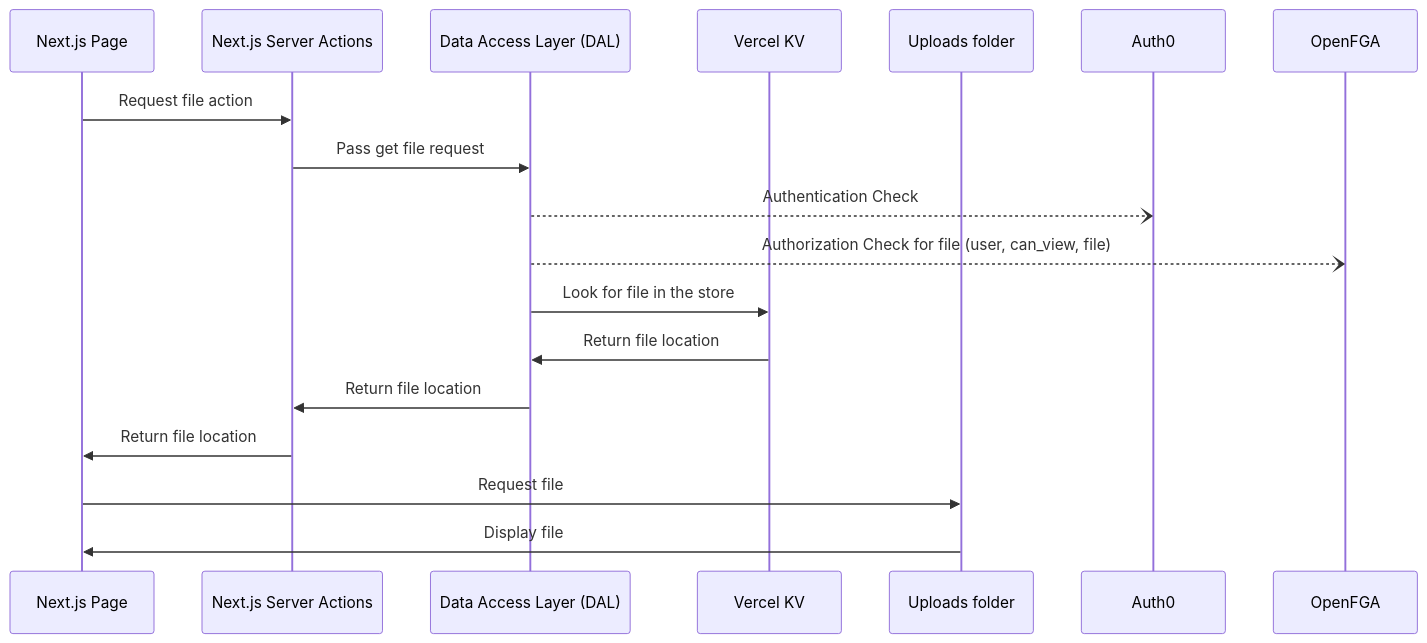
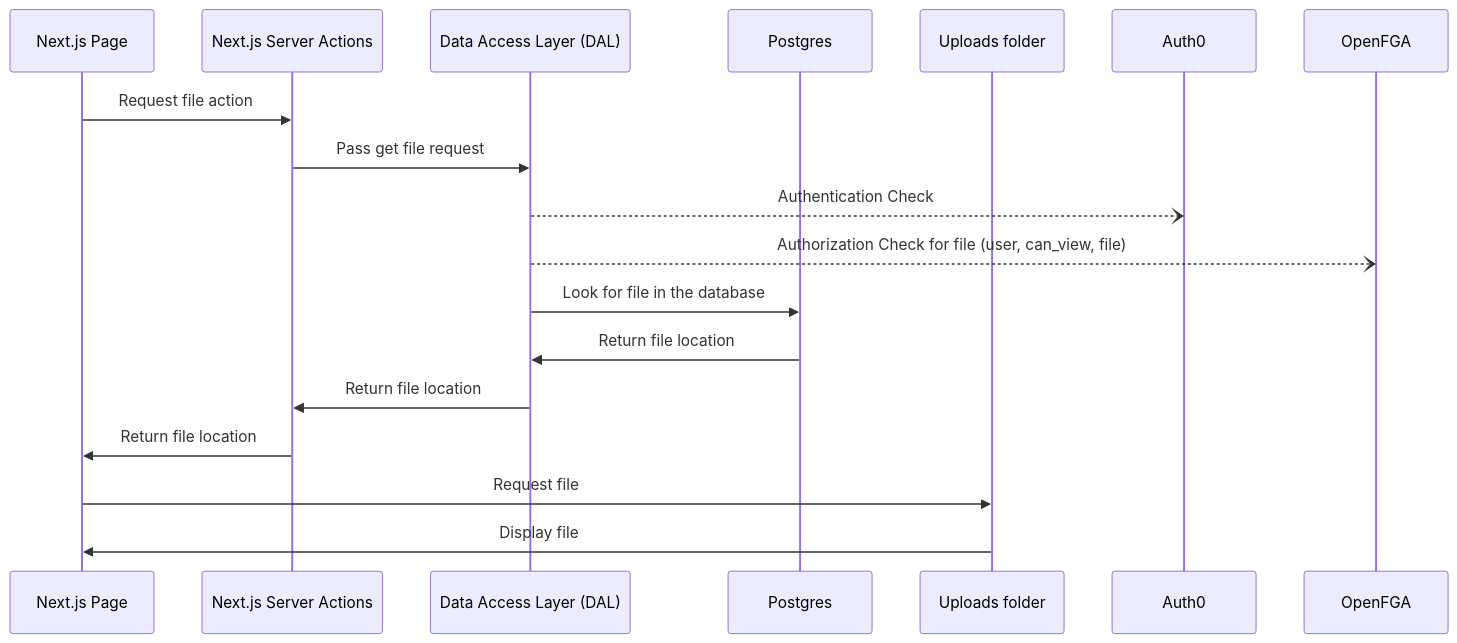
The first of 8 diagrams in README.md (oktadev/fga-drive-example), drawn with Mermaid before and after one commit. The commit also changed other lines of this file and 1 other file, not shown here.

Commit message:
Update readme with Postgres info

````diff
--- a/README.md
+++ b/README.md
@@ -197,20 +201,20 @@
 ```mermaid
 sequenceDiagram;
   participant Next.js Page
   participant Next.js Server Actions
   participant Data Access Layer (DAL)
-  participant Vercel KV
+  participant Postgres
   participant Uploads folder
   participant Auth0
   participant OpenFGA
   Next.js Page->>Next.js Server Actions: Request file action
   Next.js Server Actions->>Data Access Layer (DAL): Pass get file request
   Data Access Layer (DAL)--)Auth0: Authentication Check
   Data Access Layer (DAL)--)OpenFGA: Authorization Check for file (user, can_view, file)
-  Data Access Layer (DAL)->>Vercel KV: Look for file in the store
-  Vercel KV->>Data Access Layer (DAL): Return file location
+  Data Access Layer (DAL)->>Postgres: Look for file in the database
+  Postgres->>Data Access Layer (DAL): Return file location
   Data Access Layer (DAL)->>Next.js Server Actions: Return file location
   Next.js Server Actions->>Next.js Page: Return file location
   Next.js Page->>Uploads folder: Request file
   Uploads folder->>Next.js Page: Display file
 ```
````
